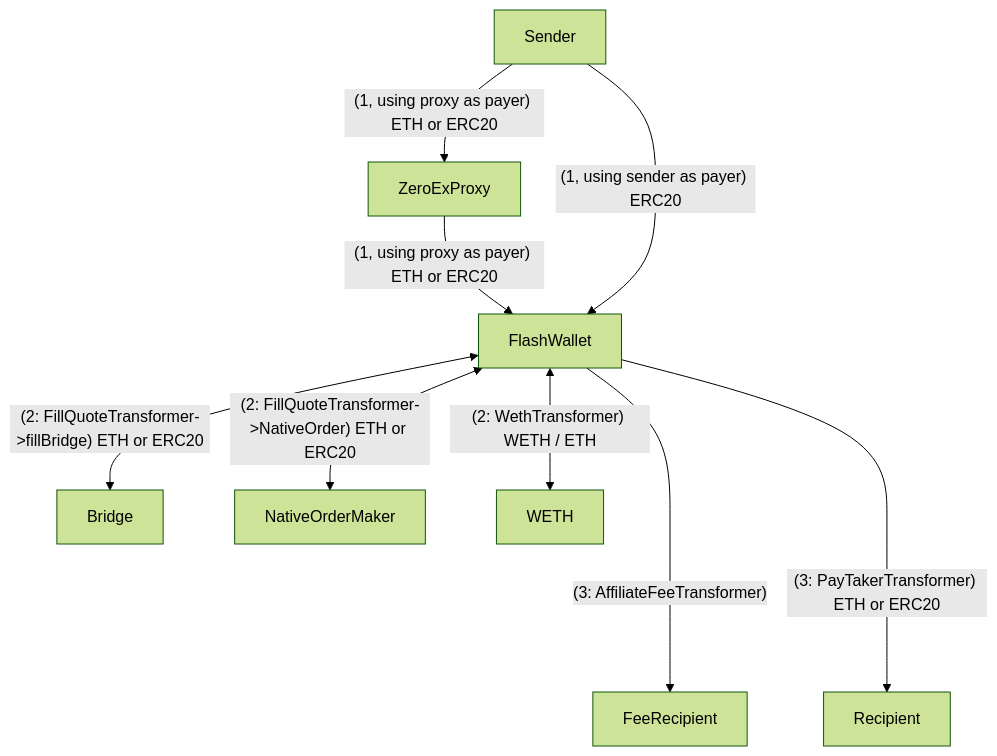
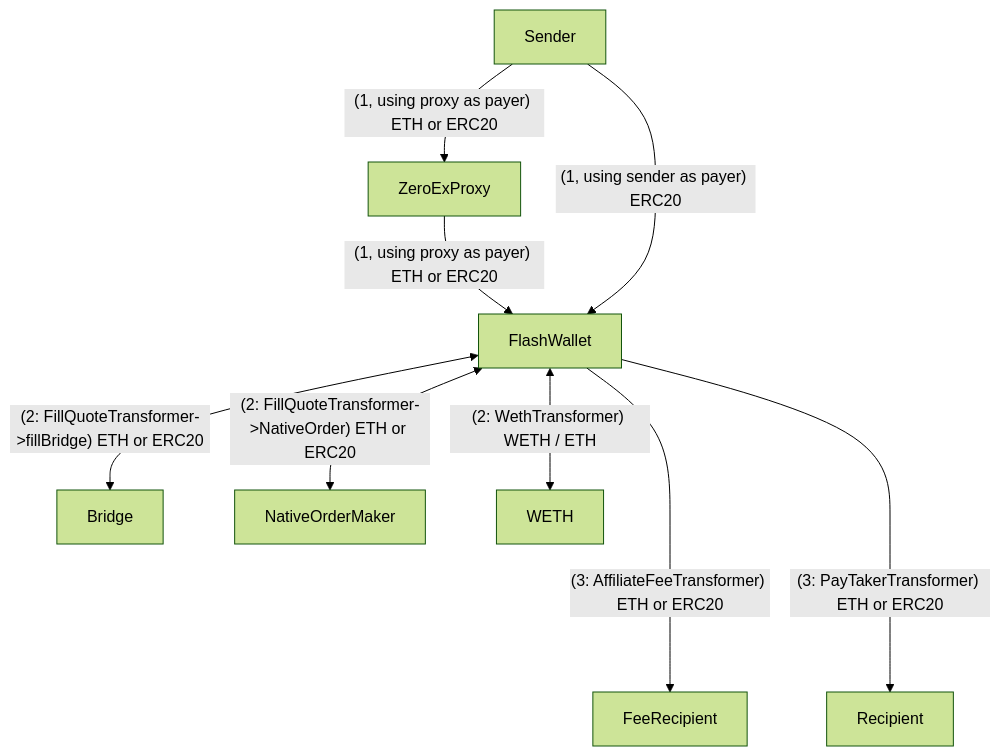
One commit to papercliplabs/zero-ex-subgraph changed the ninth of 10 diagrams in README.md. Above: the diagram before and after it, drawn with Mermaid (forest theme). The commit also changed other lines of this file and 4 other files, not shown here.

````diff
--- a/README.md
+++ b/README.md
@@ -201,11 +223,11 @@
 ```mermaid
 graph TD
 	U[Sender] --"(1, using proxy as payer) ETH or ERC20"--> P[ZeroExProxy]
   	P --"(1, using proxy as payer) ETH or ERC20"--> F[FlashWallet]
 	U --"(1, using sender as payer) ERC20"--> F
 	F <--"(2: FillQuoteTransformer->fillBridge) ETH or ERC20"--> B[Bridge]
 	F <--"(2: FillQuoteTransformer->NativeOrder) ETH or ERC20"--> NativeOrderMaker
 	F <--"(2: WethTransformer) WETH / ETH"--> W[WETH]
-	F --"(3: AffiliateFeeTransformer)"----> FeeRecipient
+	F --"(3: AffiliateFeeTransformer) ETH or ERC20"----> FeeRecipient
 	F --"(3: PayTakerTransformer) ETH or ERC20"----> Recipient
 ```
````
